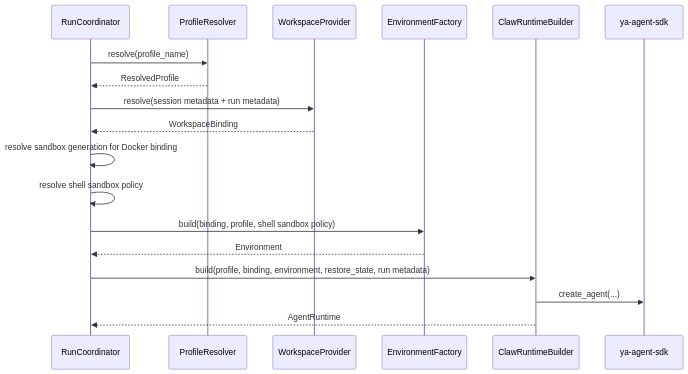
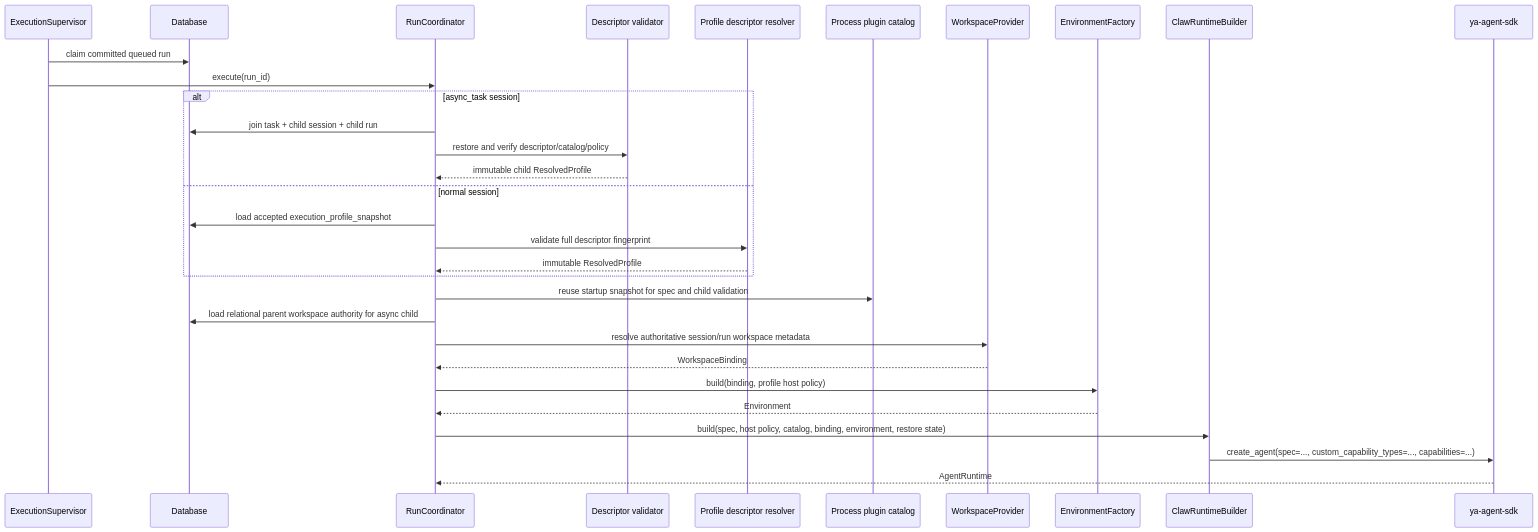
Before and after one commit to Wh1isper/ya-agent-sdk: the diagram in packages/ya-claw/spec/06-runtime-assembly.md, drawn with Mermaid. The commit also changed other lines of this file and 446 other files, not shown here.

First line of the commit message:
feat(runtime): introduce capability-first agent runtime 2.0 (#396)

````diff
--- a/packages/ya-claw/spec/06-runtime-assembly.md
+++ b/packages/ya-claw/spec/06-runtime-assembly.md
@@ -108,21 +68,34 @@
 ```mermaid
 sequenceDiagram
+    participant SUP as ExecutionSupervisor
+    participant SQL as Database
     participant COORD as RunCoordinator
-    participant PROF as ProfileResolver
+    participant DESC as Descriptor validator
+    participant PROF as Profile descriptor resolver
+    participant CAT as Process plugin catalog
     participant WP as WorkspaceProvider
     participant EF as EnvironmentFactory
     participant RB as ClawRuntimeBuilder
     participant SDK as ya-agent-sdk
 
-    COORD->>PROF: resolve(profile_name)
-    PROF-->>COORD: ResolvedProfile
-    COORD->>WP: resolve(session metadata + run metadata)
+    SUP->>SQL: claim committed queued run
+    SUP->>COORD: execute(run_id)
+    alt async_task session
+        COORD->>SQL: join task + child session + child run
+        COORD->>DESC: restore and verify descriptor/catalog/policy
+        DESC-->>COORD: immutable child ResolvedProfile
+    else normal session
+        COORD->>SQL: load accepted execution_profile_snapshot
+        COORD->>PROF: validate full descriptor fingerprint
+        PROF-->>COORD: immutable ResolvedProfile
+    end
+    COORD->>CAT: reuse startup snapshot for spec and child validation
+    COORD->>SQL: load relational parent workspace authority for async child
+    COORD->>WP: resolve authoritative session/run workspace metadata
     WP-->>COORD: WorkspaceBinding
-    COORD->>COORD: resolve sandbox generation for Docker binding
-    COORD->>COORD: resolve shell sandbox policy
-    COORD->>EF: build(binding, profile, shell sandbox policy)
+    COORD->>EF: build(binding, profile host policy)
     EF-->>COORD: Environment
-    COORD->>RB: build(profile, binding, environment, restore_state, run metadata)
-    RB->>SDK: create_agent(...)
-    RB-->>COORD: AgentRuntime
+    COORD->>RB: build(spec, host policy, catalog, binding, environment, restore state)
+    RB->>SDK: create_agent(spec=..., custom_capability_types=..., capabilities=...)
+    SDK-->>COORD: AgentRuntime
 ```
````
